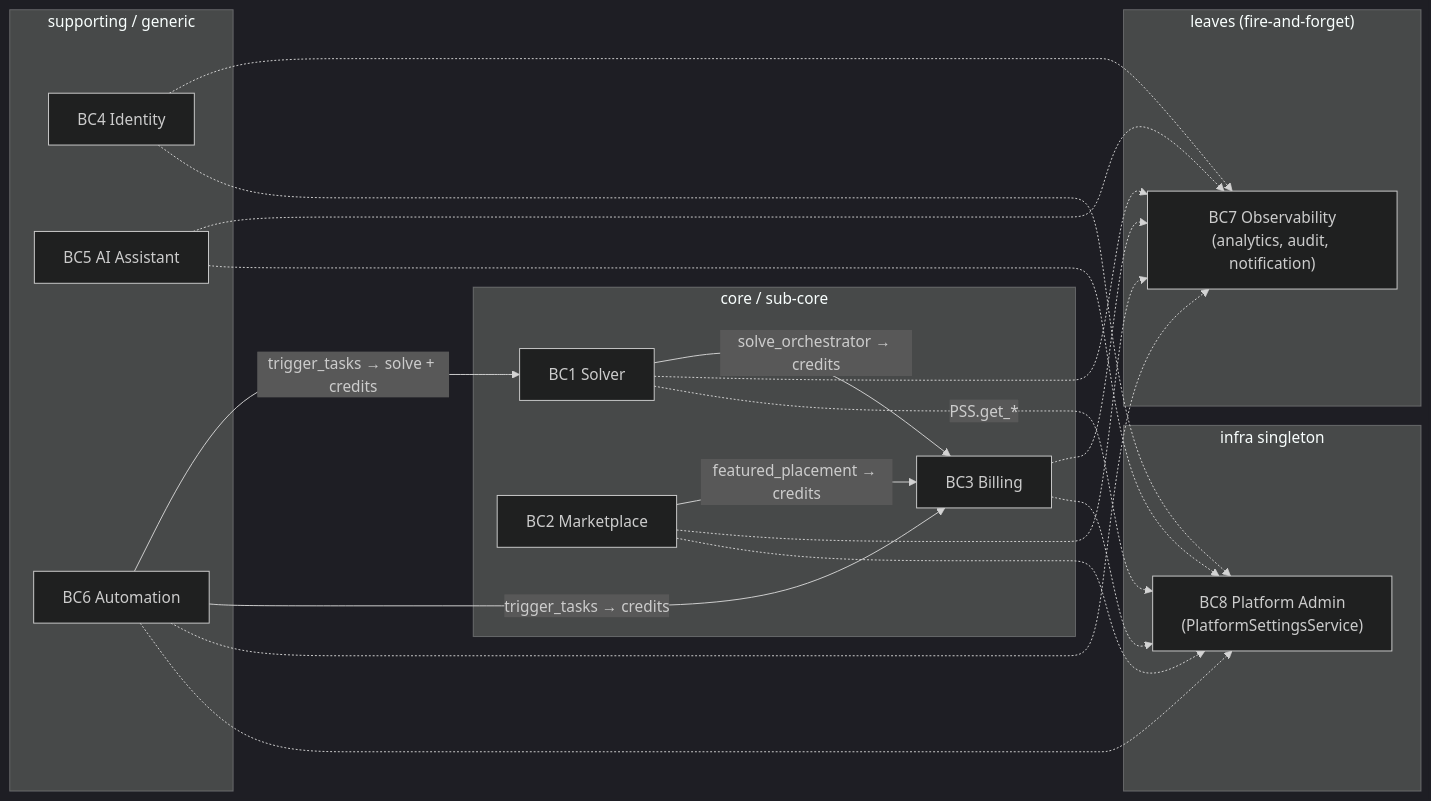
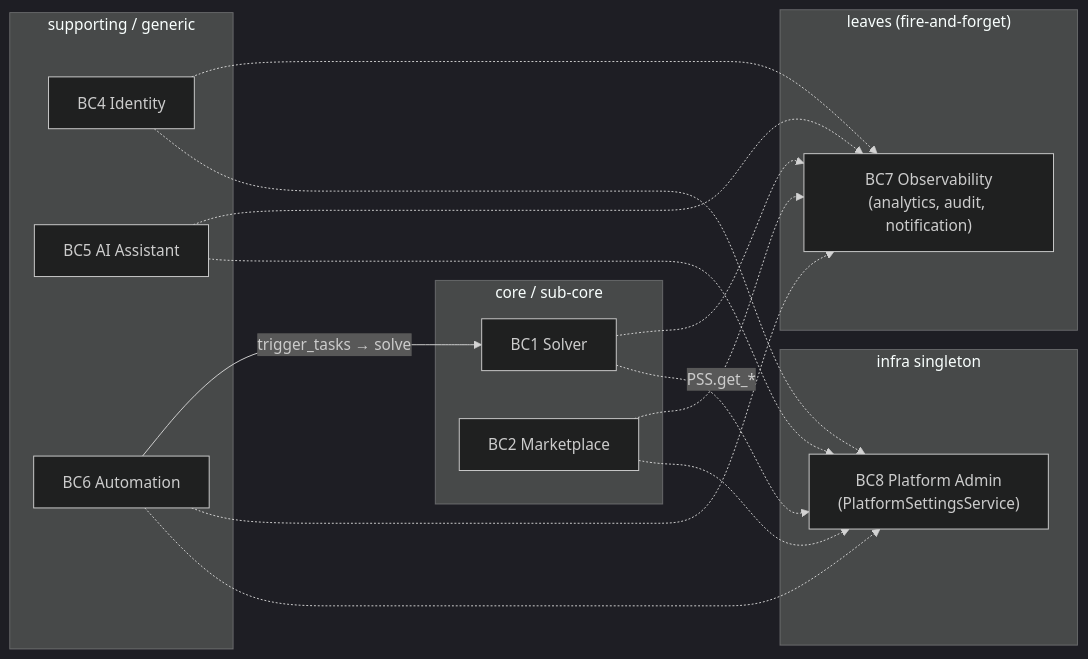
The diagram in docs/ARCHITECTURE/01-overview/03-bounded-contexts.md (avallavall/jaot), drawn with Mermaid (dark theme) before and after one commit. The commit also changed other lines of this file and 24 other files, not shown here.

First line of the commit message:
docs(platform): ADR-008 slice 6 — adapt the living architecture docs to the credit-free reality

````diff
--- a/docs/ARCHITECTURE/01-overview/03-bounded-contexts.md
+++ b/docs/ARCHITECTURE/01-overview/03-bounded-contexts.md
@@ -20,41 +20,35 @@
 ```mermaid
 flowchart LR
     subgraph Core["core / sub-core"]
         Solver["BC1 Solver"]
         Marketplace["BC2 Marketplace"]
-        Billing["BC3 Billing"]
     end
 
     subgraph Support["supporting / generic"]
         Identity["BC4 Identity"]
         AI["BC5 AI Assistant"]
         Automation["BC6 Automation"]
     end
 
     subgraph Leaves["leaves (fire-and-forget)"]
         Observability["BC7 Observability<br/>(analytics, audit, notification)"]
     end
 
     subgraph Singleton["infra singleton"]
         PlatformAdmin["BC8 Platform Admin<br/>(PlatformSettingsService)"]
     end
 
-    Solver -->|solve_orchestrator → credits| Billing
-    Automation -->|trigger_tasks → solve + credits| Solver
-    Automation -->|trigger_tasks → credits| Billing
-    Marketplace -->|featured_placement → credits| Billing
+    Automation -->|trigger_tasks → solve| Solver
 
     Solver -.-> Observability
     Marketplace -.-> Observability
-    Billing -.-> Observability
     Identity -.-> Observability
     AI -.-> Observability
     Automation -.-> Observability
 
     Solver -.->|PSS.get_*| PlatformAdmin
     Marketplace -.-> PlatformAdmin
-    Billing -.-> PlatformAdmin
     Identity -.-> PlatformAdmin
     AI -.-> PlatformAdmin
     Automation -.-> PlatformAdmin
 ```
````
